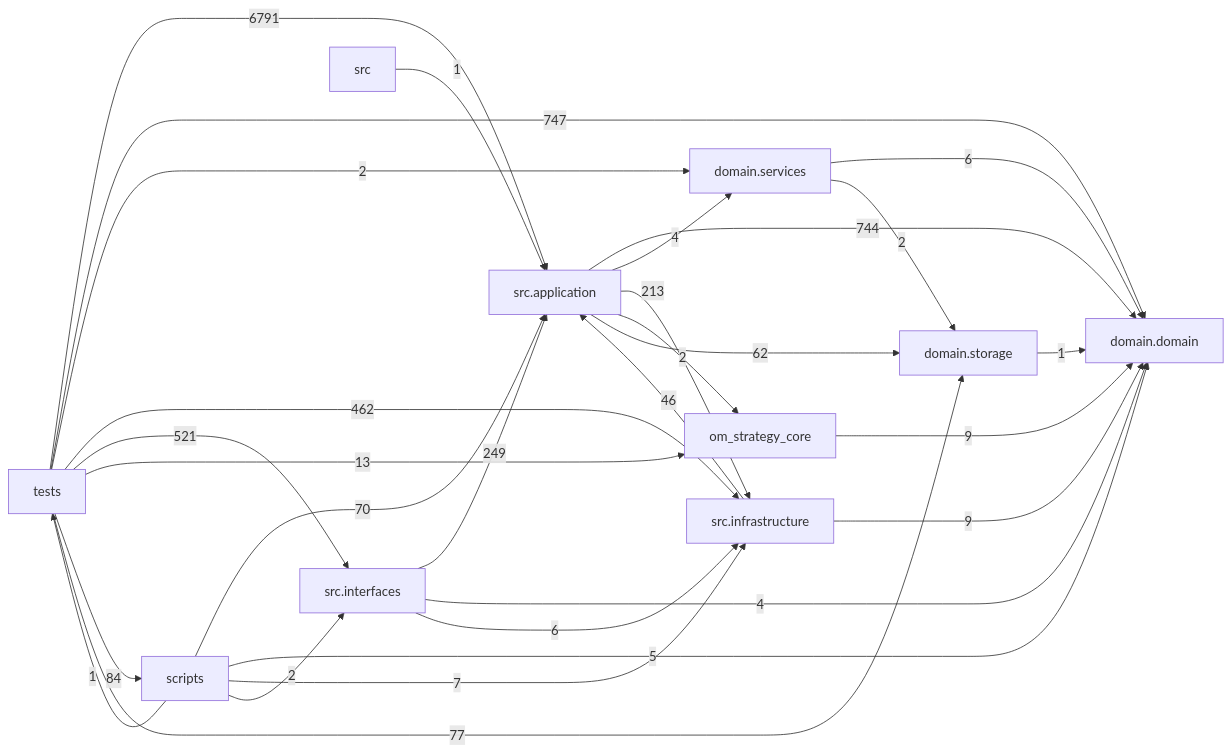
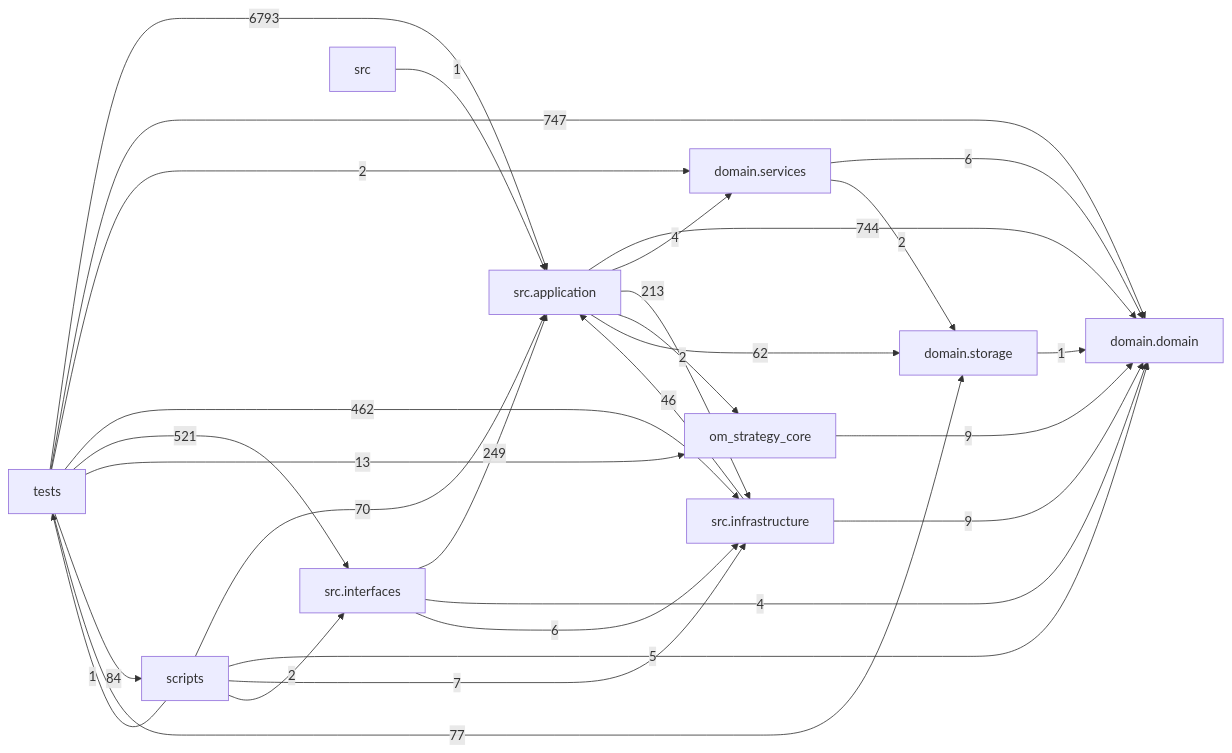
One commit to liuxie066/options-monitor changed the diagram in docs/DEPENDENCY_GRAPH.md. Above: the diagram before and after it, drawn with Mermaid. The commit also changed other lines of this file and 2 other files, not shown here.

````diff
--- a/docs/DEPENDENCY_GRAPH.md
+++ b/docs/DEPENDENCY_GRAPH.md
@@ -24,39 +24,39 @@
 ```mermaid
 flowchart LR
   tests["tests"]
   scripts["scripts"]
   interfaces["src.interfaces"]
   application["src.application"]
   infrastructure["src.infrastructure"]
   domain_services["domain.services"]
   domain["domain.domain"]
   storage["domain.storage"]
   application -->|744| domain
   application -->|4| domain_services
   application -->|213| infrastructure
   application -->|2| om_strategy_core
   application -->|62| storage
   domain_services -->|6| domain
   domain_services -->|2| storage
   infrastructure -->|46| application
   infrastructure -->|9| domain
   interfaces -->|249| application
   interfaces -->|4| domain
   interfaces -->|6| infrastructure
   om_strategy_core -->|9| domain
   scripts -->|70| application
   scripts -->|5| domain
   scripts -->|7| infrastructure
   scripts -->|2| interfaces
   scripts -->|1| tests
   src -->|1| application
   storage -->|1| domain
-  tests -->|6791| application
+  tests -->|6793| application
   tests -->|747| domain
   tests -->|2| domain_services
   tests -->|462| infrastructure
   tests -->|521| interfaces
   tests -->|13| om_strategy_core
   tests -->|84| scripts
   tests -->|77| storage
 ```
````
